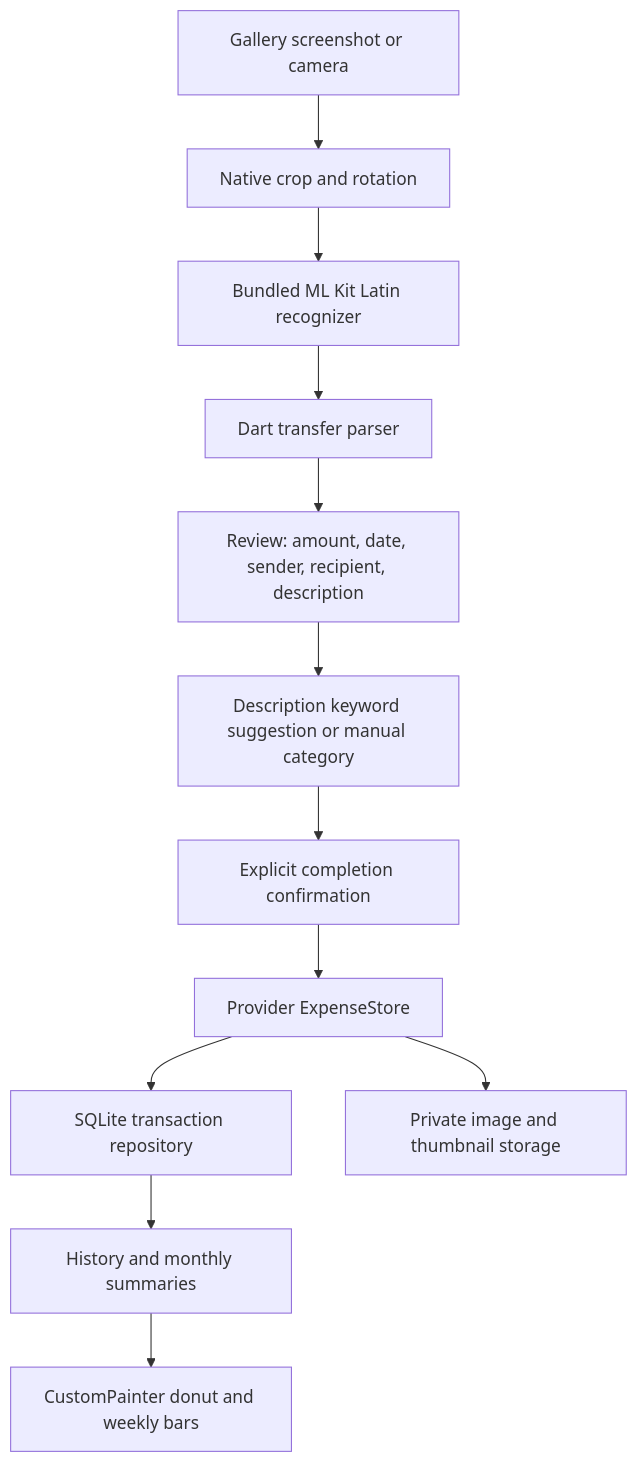
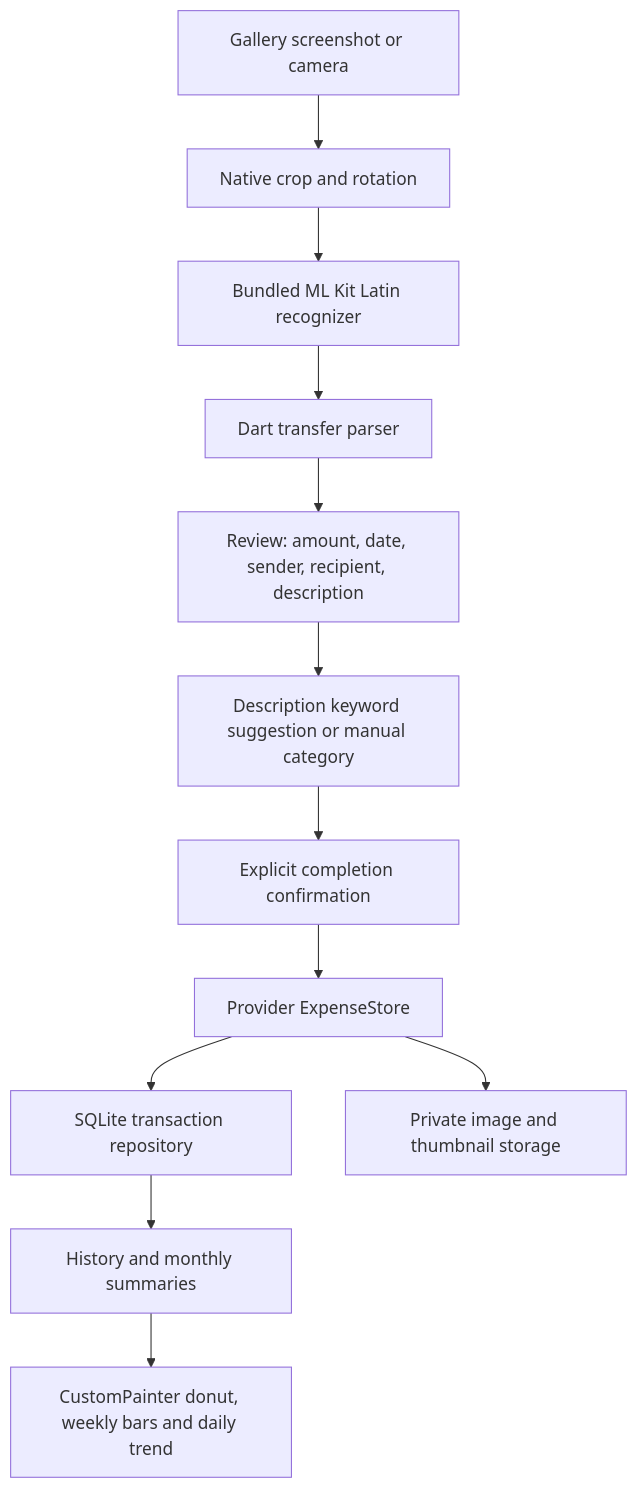
One commit to duongdatdev/transfer-lens changed the diagram in docs/architecture.md. Above: the diagram before and after it, drawn with Mermaid. The commit also changed other lines of this file and 24 other files, not shown here.

````diff
--- a/docs/architecture.md
+++ b/docs/architecture.md
@@ -7,14 +7,14 @@
 ```mermaid
 flowchart TD
   A[Gallery screenshot or camera] --> B[Native crop and rotation]
   B --> C[Bundled ML Kit Latin recognizer]
   C --> D[Dart transfer parser]
   D --> E[Review: amount, date, sender, recipient, description]
   E --> F[Description keyword suggestion or manual category]
   F --> G[Explicit completion confirmation]
   G --> H[Provider ExpenseStore]
   H --> I[SQLite transaction repository]
   H --> J[Private image and thumbnail storage]
   I --> K[History and monthly summaries]
-  K --> L[CustomPainter donut and weekly bars]
+  K --> L[CustomPainter donut, weekly bars and daily trend]
 ```
````
